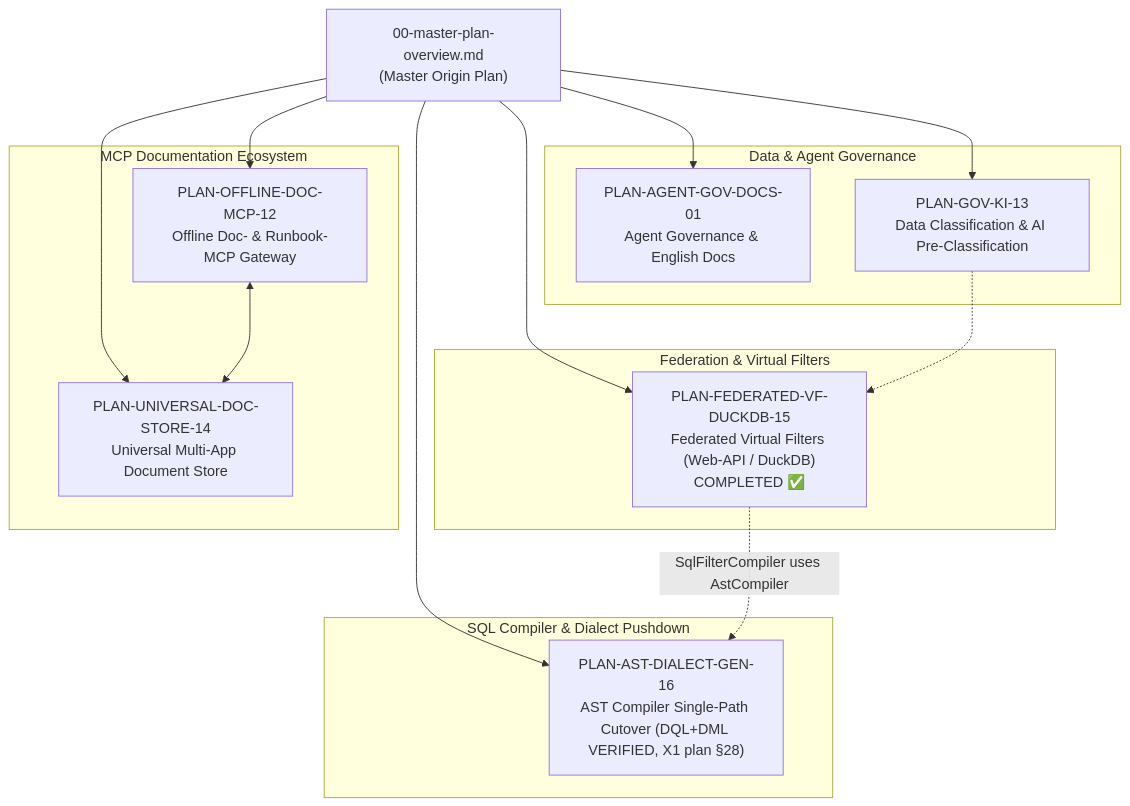
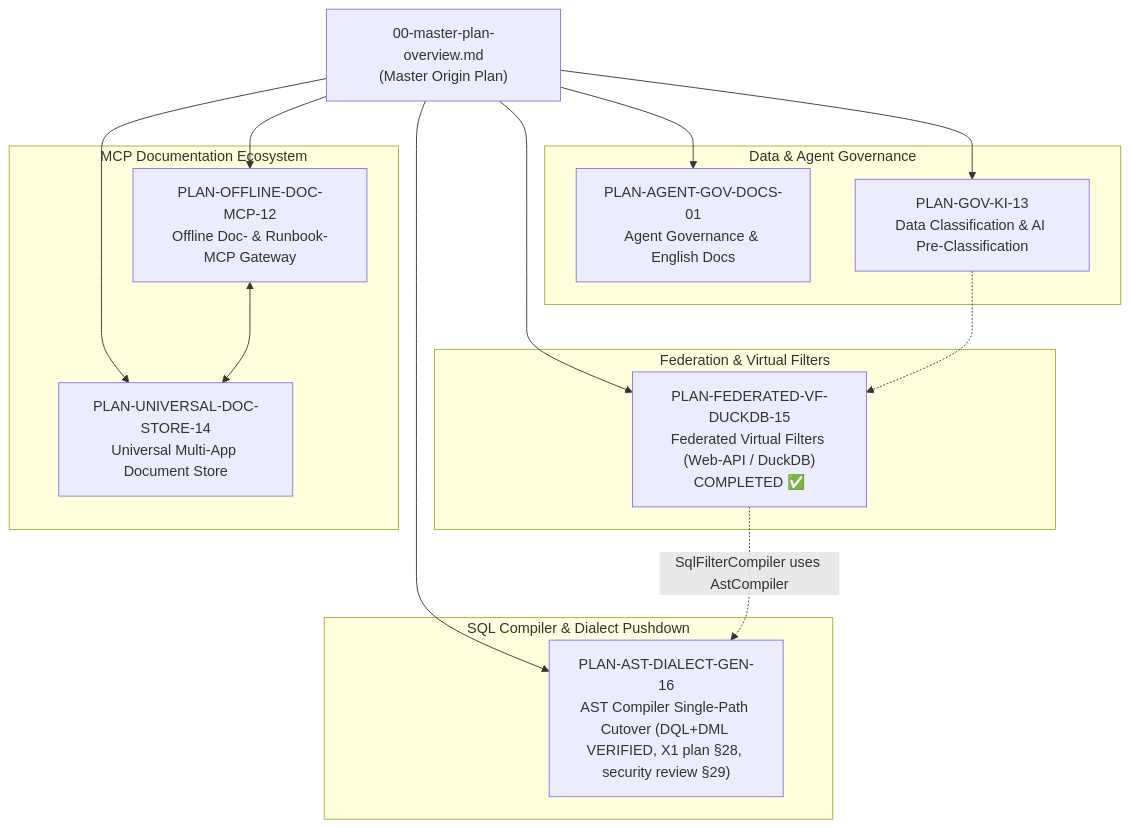
The diagram in docs/plans/00-master-plan-overview.md (themulle/autheris), drawn with Mermaid before and after one commit. The commit also changed other lines of this file and 1 other file, not shown here.

Commit message:
docs(plan): add Phase 3 security review of the X1 cutover plan (PLAN-AST-DIALECT-GEN-16 §29)
Review §28 against the code at 27ab54c and the earlier security sections:
findings SEC-X1-01..18 (4 High, 9 Medium, 5 Low) with binding
"Phase 3 amendment" blocks in the affected work packages, a new WP-X0z
(WP-F5, Oracle on the real gateway path), the corrected revert set
{X1, X0y, X0l, X0g, X0f, X0e, X0d-2, X0d}, stakeholder items S-1..S-5
recorded as decided, and the Phase 4 sign-off (Wave 1 may start; WP-X1
blocked until all X0 packages and the revert rehearsal are green).

````diff
--- a/docs/plans/00-master-plan-overview.md
+++ b/docs/plans/00-master-plan-overview.md
@@ -40,33 +40,33 @@
 ```mermaid
 flowchart TD
     MP["00-master-plan-overview.md<br/>(Master Origin Plan)"]
     
     subgraph Governance ["Data & Agent Governance"]
         AG["PLAN-AGENT-GOV-DOCS-01<br/>Agent Governance & English Docs"]
         DK["PLAN-GOV-KI-13<br/>Data Classification & AI Pre-Classification"]
     end
     
     subgraph ExecutionEngine ["Federation & Virtual Filters"]
         VF["PLAN-FEDERATED-VF-DUCKDB-15<br/>Federated Virtual Filters (Web-API / DuckDB)<br/>COMPLETED ✅"]
     end
     
     subgraph DocMCP ["MCP Documentation Ecosystem"]
         DM["PLAN-OFFLINE-DOC-MCP-12<br/>Offline Doc- & Runbook-MCP Gateway"]
         UDS["PLAN-UNIVERSAL-DOC-STORE-14<br/>Universal Multi-App Document Store"]
     end
 
     subgraph SqlCompiler ["SQL Compiler & Dialect Pushdown"]
-        ADG["PLAN-AST-DIALECT-GEN-16<br/>AST Compiler Single-Path Cutover (DQL+DML VERIFIED, X1 plan §28)"]
+        ADG["PLAN-AST-DIALECT-GEN-16<br/>AST Compiler Single-Path Cutover (DQL+DML VERIFIED, X1 plan §28, security review §29)"]
     end
 
     MP --> AG
     MP --> DK
     MP --> VF
     MP --> DM
     MP --> UDS
 
     DM <--> UDS
     DK -.-> VF
     MP --> ADG
     VF -.->|"SqlFilterCompiler uses AstCompiler"| ADG
 ```
````
